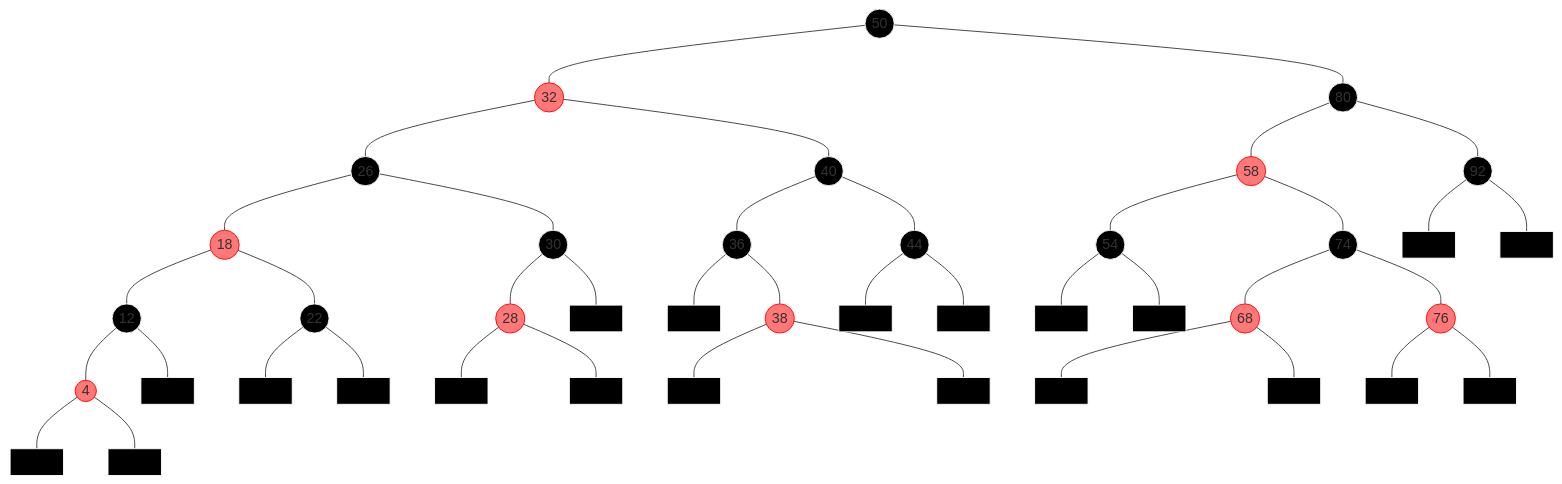
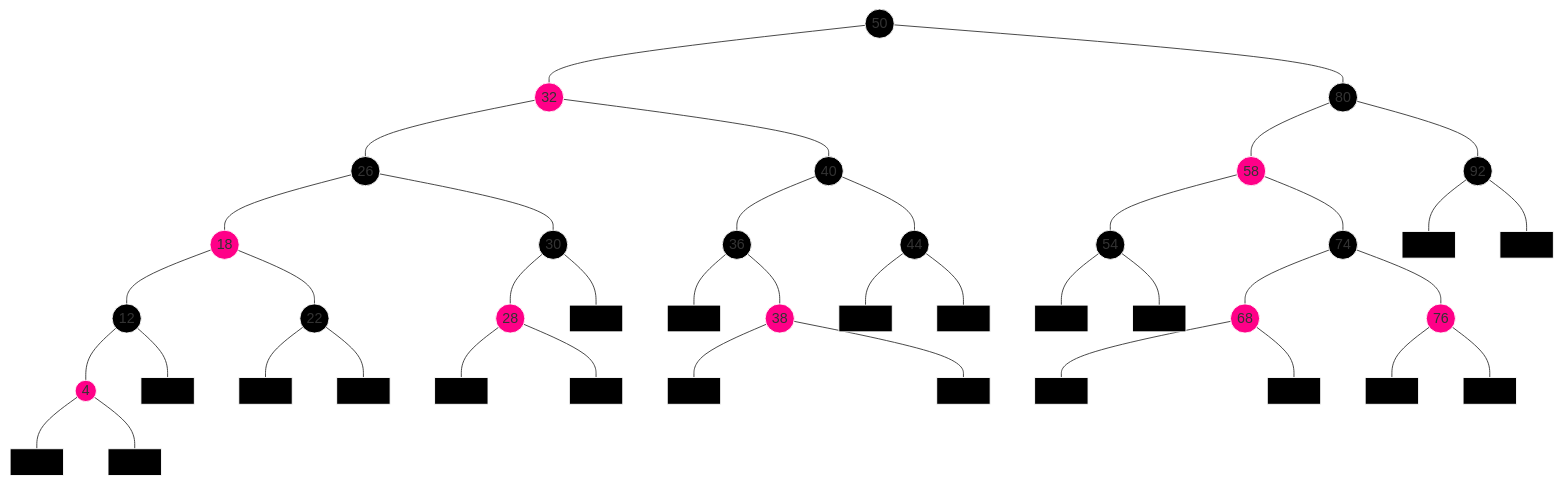
One commit to Kechidi/TP1 changed the diagram in cours/black-red-trees.md. Above: the diagram before and after it, drawn with Mermaid.

Commit message:
trying to see the text on nodes

````diff
--- a/cours/black-red-trees.md
+++ b/cours/black-red-trees.md
@@ -22,29 +22,29 @@
 ```mermaid
 graph TD
   50((50)) --- 32 & 80
   32((32)) --- 26 & 40
   80((80)) --- 58 & 92
   26((26)) --- 18 & 30
   40((40)) --- 36 & 44
   58((58)) --- 54 & 74
   92((92)) --- s01[ ] & s02[ ]
   18((18)) --- 12 & 22
   30((30)) --- 28 & s03[ ]
   36((36)) --- s04[ ] & 38
   44((44)) --- s05[ ] & s06[ ]
   54((54)) --- s07[ ] & s08[ ]
   74((74)) --- 68 & 76
   12((12)) --- 4 & s09[ ]
   22((22)) --- s10[ ] & s11[ ]
   28((28)) --- s12[ ] & s13[ ]
   38((38)) --- s14[ ] & s15[ ]
   68((68)) --- s16[ ] & s17[ ]
   76((76)) --- s18[ ] & s19[ ]
   4((4)) --- s20[ ] & s21[ ]
 
 
   classDef black fill:#000, stroke:#fff;
-  classDef red fill:#f008, stroke:#f00;
+  classDef red fill:#f08, stroke:#fff;
   class 50,80,26,40,92,30,36,44,54,74,s01,s02,12,22,s03,s04,s05,s06,s07,s08,s09,s10,s11,s12,s13,s14,s15,s16,s17,s18,s19,s20,s21 black;
   class 32,58,18,28,38,68,76,4 red;
 ```
````
